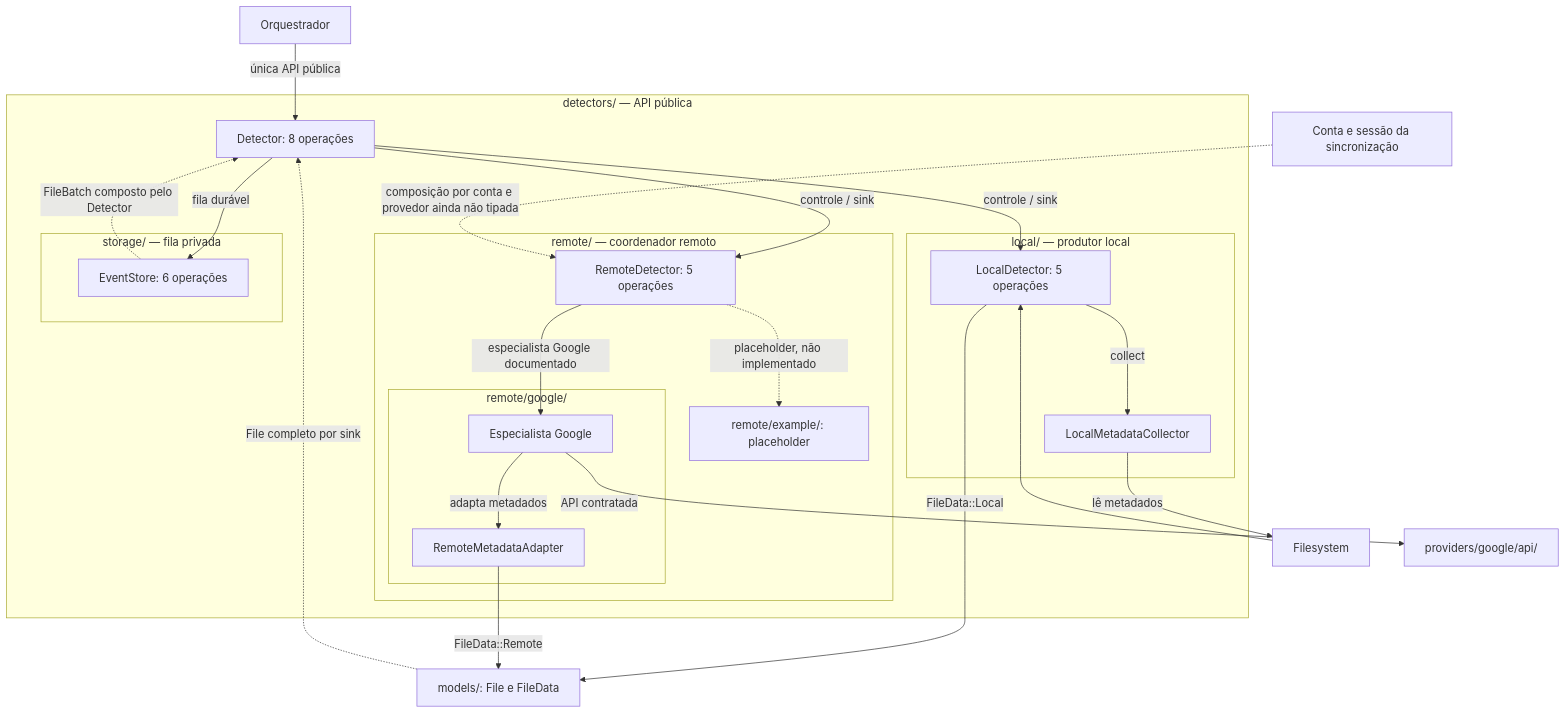
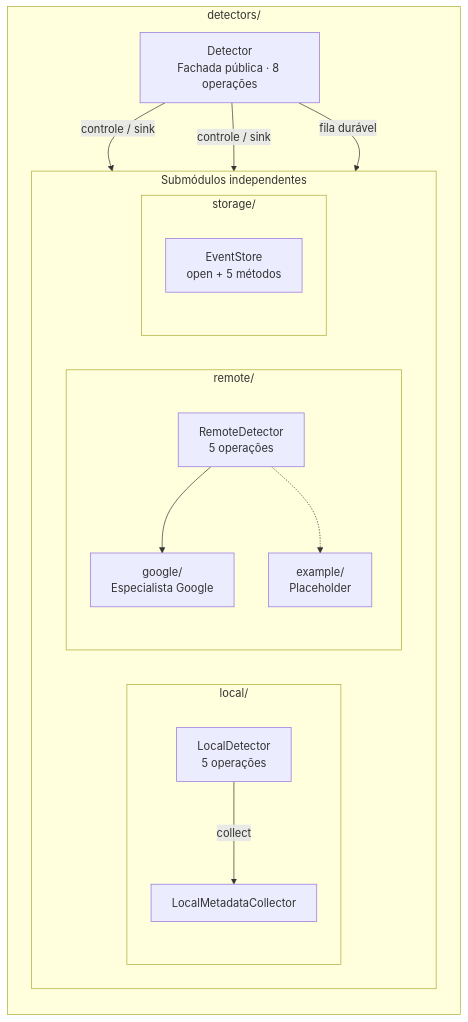
The second of 6 diagrams in docs/engine/detectors/README.md (rafatosta/drivesync), drawn with Mermaid before and after one commit. The commit also changed other lines of this file, not shown here.

Commit message:
docs(detectors): simplify overview diagrams into module composition and flows

````diff
--- a/docs/engine/detectors/README.md
+++ b/docs/engine/detectors/README.md
@@ -93,44 +97,33 @@
 ```mermaid
 flowchart TB
-    ORQ["Orquestrador"]
-    MOD["models/: File e FileData"]
-    FS["Filesystem"]
-    GAPI["providers/google/api/"]
-    CFG["Conta e sessão da sincronização"]
+    subgraph DET["detectors/"]
+        direction TB
+        D["Detector<br/>Fachada pública · 8 operações"]
 
-    subgraph DET["detectors/ — API pública"]
-        D["Detector: 8 operações"]
-        subgraph LOCAL["local/ — produtor local"]
-            L["LocalDetector: 5 operações"]
-            C["LocalMetadataCollector"]
+        subgraph SUB["Submódulos independentes"]
+            direction LR
+            subgraph LOCAL["local/"]
+                direction TB
+                L["LocalDetector<br/>5 operações"]
+                LC["LocalMetadataCollector"]
+                L -->|"collect"| LC
+            end
+            subgraph REM["remote/"]
+                direction TB
+                R["RemoteDetector<br/>5 operações"]
+                G["google/<br/>Especialista Google"]
+                E["example/<br/>Placeholder"]
+                R --> G
+                R -.-> E
+            end
+            subgraph STORE["storage/"]
+                direction TB
+                S["EventStore<br/>open + 5 métodos"]
+            end
         end
-        subgraph REM["remote/ — coordenador remoto"]
-            R["RemoteDetector: 5 operações"]
-            subgraph GOOGLE["remote/google/"]
-                G["Especialista Google"]
-                A["RemoteMetadataAdapter"]
-            end
-            EX["remote/example/: placeholder"]
-        end
-        subgraph STORE["storage/ — fila privada"]
-            S["EventStore: 6 operações"]
-        end
+
+        D -->|"controle / sink"| L
+        D -->|"controle / sink"| R
+        D -->|"fila durável"| S
     end
-
-    ORQ -->|"única API pública"| D
-    D -->|"controle / sink"| L
-    D -->|"controle / sink"| R
-    D -->|"fila durável"| S
-    FS --> L
-    L -->|"collect"| C
-    C -->|"lê metadados"| FS
-    R -->|"especialista Google documentado"| G
-    G -->|"API contratada"| GAPI
-    G -->|"adapta metadados"| A
-    R -.->|"placeholder, não implementado"| EX
-    CFG -.->|"composição por conta e provedor ainda não tipada"| R
-    L -->|"FileData::Local"| MOD
-    A -->|"FileData::Remote"| MOD
-    MOD -.->|"File completo por sink"| D
-    S -.->|"FileBatch composto pelo Detector"| D
 ```
````
